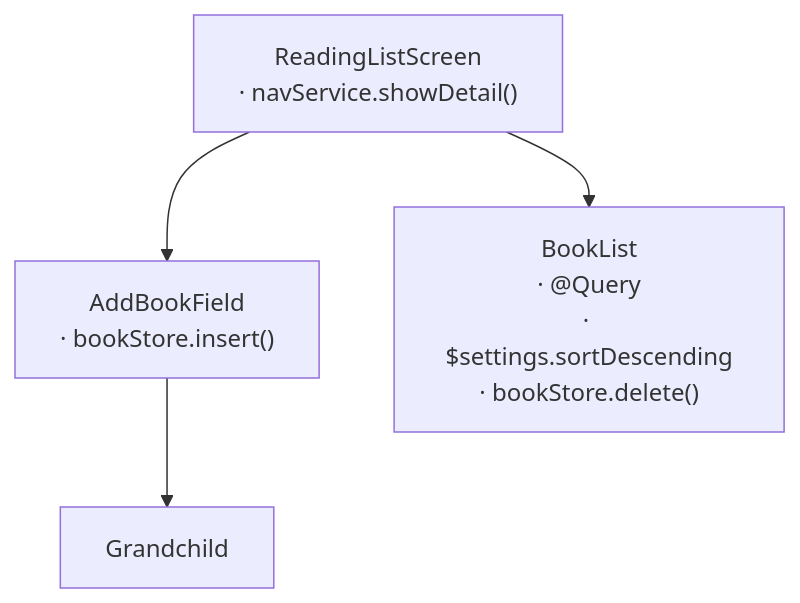
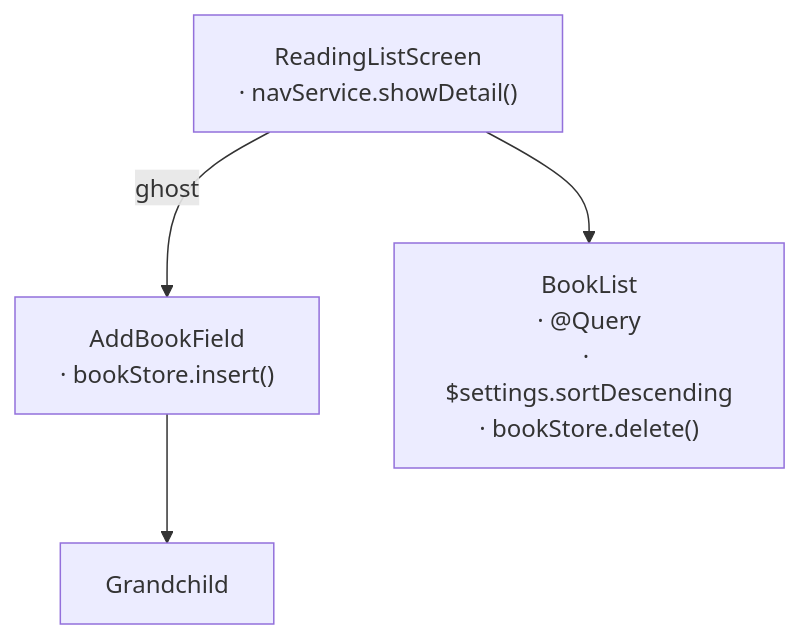
Before and after one commit to sisoje/hypermodular: the diagram in hypermodular/scripts/fixtures/broken/ReadingListScreen/MAP.md, drawn with Mermaid. The commit also changed 11 other files, not shown here.

````diff
--- a/hypermodular/scripts/fixtures/broken/ReadingListScreen/MAP.md
+++ b/hypermodular/scripts/fixtures/broken/ReadingListScreen/MAP.md
@@ -1,7 +1,7 @@
 ```mermaid
 %% Root: ReadingListScreen · Parent: App (../APP-MAP.md)
 flowchart TD
-    ReadingListScreen["ReadingListScreen<br/>· navService.showDetail()"] --> AddBookField["AddBookField<br/>· bookStore.insert()"]
+    ReadingListScreen["ReadingListScreen<br/>· navService.showDetail()"] -->|ghost| AddBookField["AddBookField<br/>· bookStore.insert()"]
     ReadingListScreen --> BookList["BookList<br/>· @Query<br/>· $settings.sortDescending<br/>· bookStore.delete()"]
     AddBookField --> Grandchild
 ```
````
